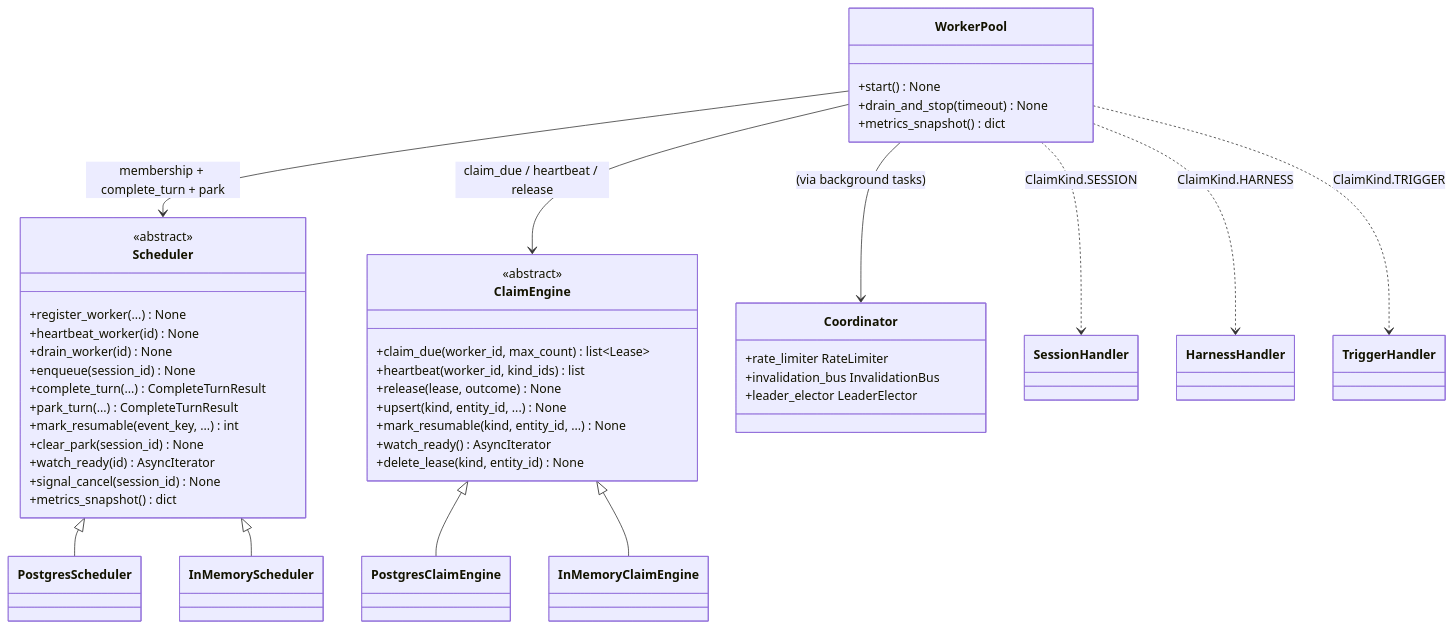
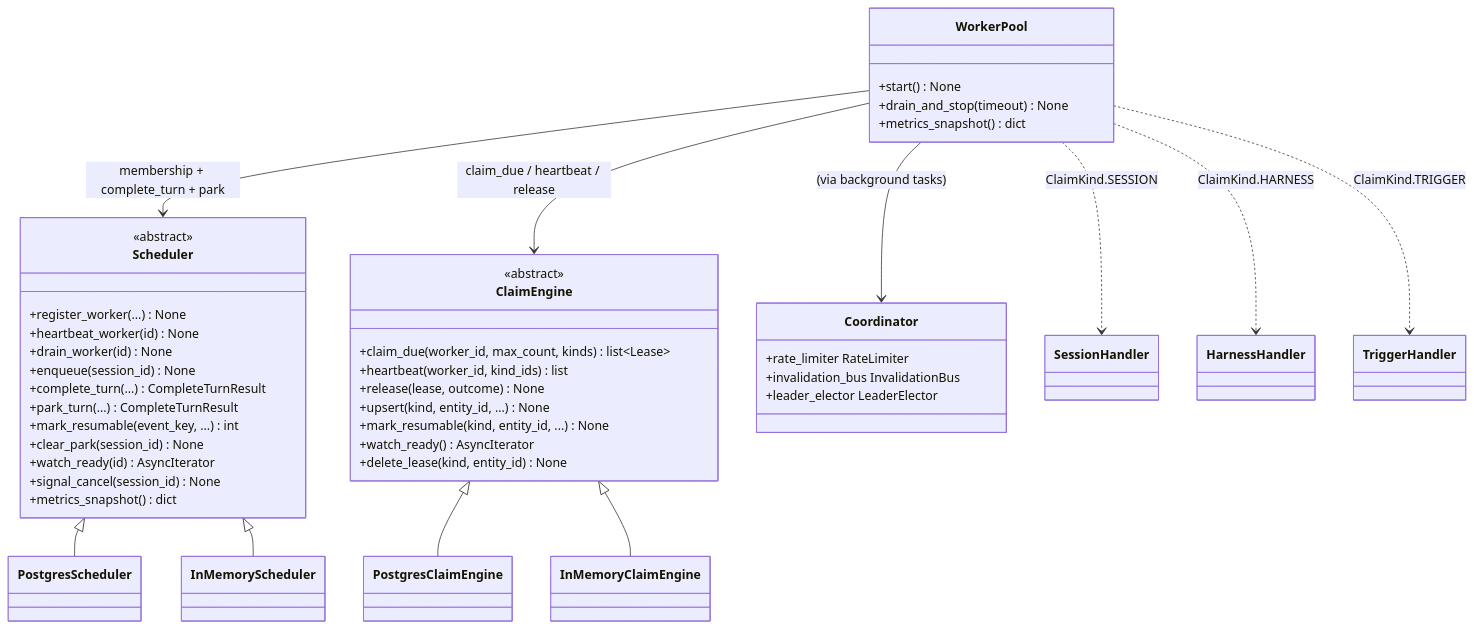
The first of 3 diagrams in docs/dev/architecture/worker-system.md (primerhq/primer), drawn with Mermaid before and after one commit. The commit also changed other lines of this file and 5 other files, not shown here.

````diff
--- a/docs/dev/architecture/worker-system.md
+++ b/docs/dev/architecture/worker-system.md
@@ -19,50 +19,50 @@
 ```mermaid
 classDiagram
     class Scheduler {
         <<abstract>>
         +register_worker(...) None
         +heartbeat_worker(id) None
         +drain_worker(id) None
         +enqueue(session_id) None
         +complete_turn(...) CompleteTurnResult
         +park_turn(...) CompleteTurnResult
         +mark_resumable(event_key, ...) int
         +clear_park(session_id) None
         +watch_ready(id) AsyncIterator
         +signal_cancel(session_id) None
         +metrics_snapshot() dict
     }
     class ClaimEngine {
         <<abstract>>
-        +claim_due(worker_id, max_count) list~Lease~
+        +claim_due(worker_id, max_count, kinds) list~Lease~
         +heartbeat(worker_id, kind_ids) list
         +release(lease, outcome) None
         +upsert(kind, entity_id, ...) None
         +mark_resumable(kind, entity_id, ...) None
         +watch_ready() AsyncIterator
         +delete_lease(kind, entity_id) None
     }
     class Coordinator {
         +rate_limiter RateLimiter
         +invalidation_bus InvalidationBus
         +leader_elector LeaderElector
     }
     class WorkerPool {
         +start() None
         +drain_and_stop(timeout) None
         +metrics_snapshot() dict
     }
 
     Scheduler <|-- PostgresScheduler
     Scheduler <|-- InMemoryScheduler
     ClaimEngine <|-- PostgresClaimEngine
     ClaimEngine <|-- InMemoryClaimEngine
 
     WorkerPool --> Scheduler : membership + complete_turn + park
     WorkerPool --> ClaimEngine : claim_due / heartbeat / release
     WorkerPool --> Coordinator : (via background tasks)
 
     WorkerPool ..> SessionHandler : ClaimKind.SESSION
     WorkerPool ..> HarnessHandler : ClaimKind.HARNESS
     WorkerPool ..> TriggerHandler : ClaimKind.TRIGGER
 ```
````
